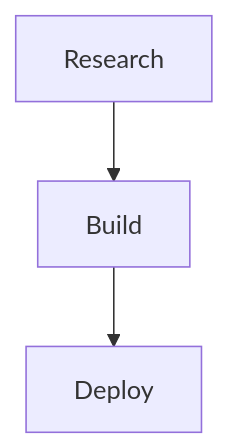
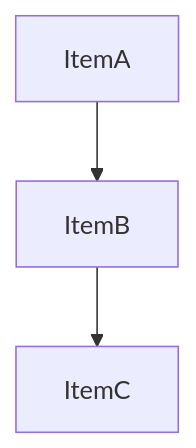
The first of 6 diagrams in README.md (zluvsand/mermaid), drawn with Mermaid before and after one commit. The commit also changed other lines of this file, not shown here.

Commit message:
Update flow chart

````diff
--- a/README.md
+++ b/README.md
@@ -4,4 +4,4 @@
 ```mermaid
 flowchart 
-    Research-->Build-->Deploy
+    ItemA-->ItemB-->ItemC
 ```
````
